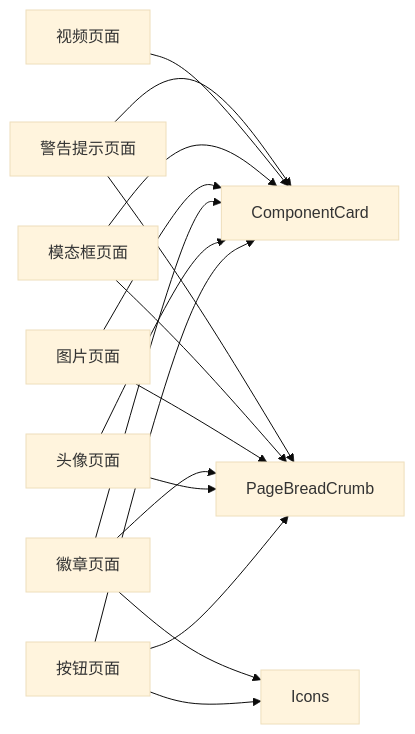
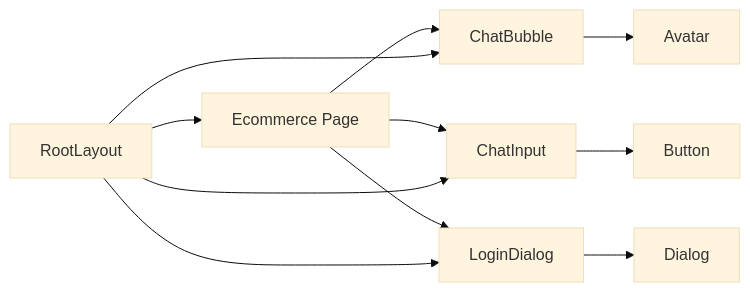
One commit to HAOFUYANG/nextjs-admin changed the sixth of 6 diagrams in .qoder/repowiki/zh/content/页面路由系统/页面类型组织结构/UI元素页面.md. Above: the diagram before and after it, drawn with Mermaid (base theme). The commit also changed other lines of this file and 36 other files, not shown here.

````diff
--- a/.qoder/repowiki/zh/content/页面路由系统/页面类型组织结构/UI元素页面.md
+++ b/.qoder/repowiki/zh/content/页面路由系统/页面类型组织结构/UI元素页面.md
@@ -466,18 +409,13 @@
 ```mermaid
 graph LR
-P_BTN["按钮页面"] --> CC["ComponentCard"]
-P_AVA["头像页面"] --> CC
-P_BAD["徽章页面"] --> CC
-P_IMG["图片页面"] --> CC
-P_MOD["模态框页面"] --> CC
-P_VID["视频页面"] --> CC
-P_ALT["警告提示页面"] --> CC
-P_BTN --> BC["PageBreadCrumb"]
-P_AVA --> BC
-P_BAD --> BC
-P_IMG --> BC
-P_MOD --> BC
-P_ALT --> BC
-P_BTN --> ICON["Icons"]
-P_BAD --> ICON
+CB["ChatBubble"] --> AV["Avatar"]
+CI["ChatInput"] --> BTN["Button"]
+LD["LoginDialog"] --> DIALOG["Dialog"]
+PAGE["Ecommerce Page"] --> CB
+PAGE --> CI
+PAGE --> LD
+LAYOUT["RootLayout"] --> PAGE
+LAYOUT --> CB
+LAYOUT --> CI
+LAYOUT --> LD
 ```
````
